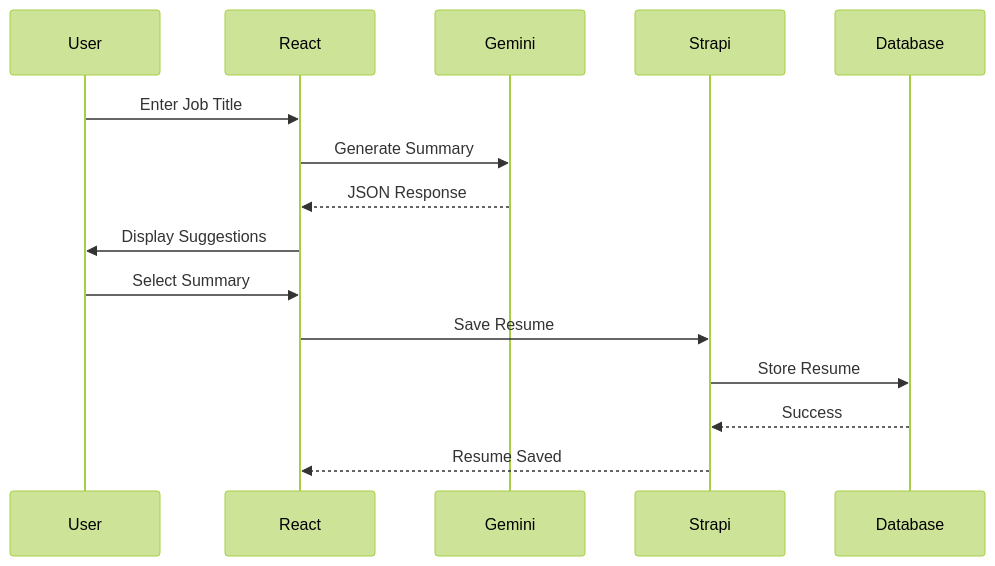
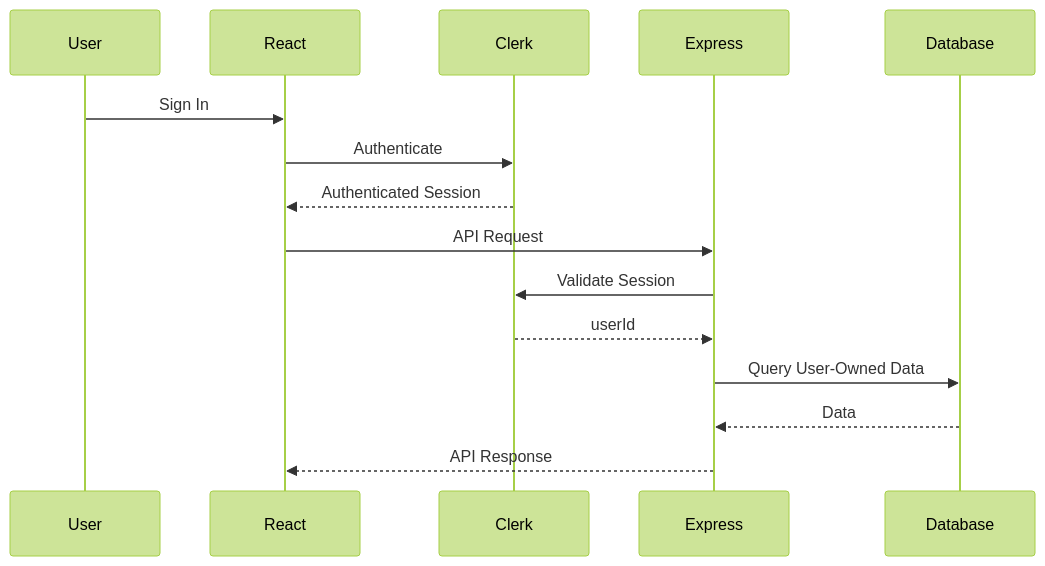
One commit to Ayyah-Coded/ResumeFlow changed the second of 5 diagrams in README.md. Above: the diagram before and after it, drawn with Mermaid (forest theme). The commit also changed other lines of this file, not shown here.

````diff
--- a/README.md
+++ b/README.md
@@ -294,27 +303,18 @@
 ```mermaid
 sequenceDiagram
+    participant User
+    participant React
+    participant Clerk
+    participant Express
+    participant Database
 
-participant User
-participant React
-participant Gemini
-participant Strapi
-participant Database
-
-User->>React: Enter Job Title
-
-React->>Gemini: Generate Summary
-
-Gemini-->>React: JSON Response
-
-React->>User: Display Suggestions
-
-User->>React: Select Summary
-
-React->>Strapi: Save Resume
-
-Strapi->>Database: Store Resume
-
-Database-->>Strapi: Success
-
-Strapi-->>React: Resume Saved
+    User->>React: Sign In
+    React->>Clerk: Authenticate
+    Clerk-->>React: Authenticated Session
+    React->>Express: API Request
+    Express->>Clerk: Validate Session
+    Clerk-->>Express: userId
+    Express->>Database: Query User-Owned Data
+    Database-->>Express: Data
+    Express-->>React: API Response
 ```
````
